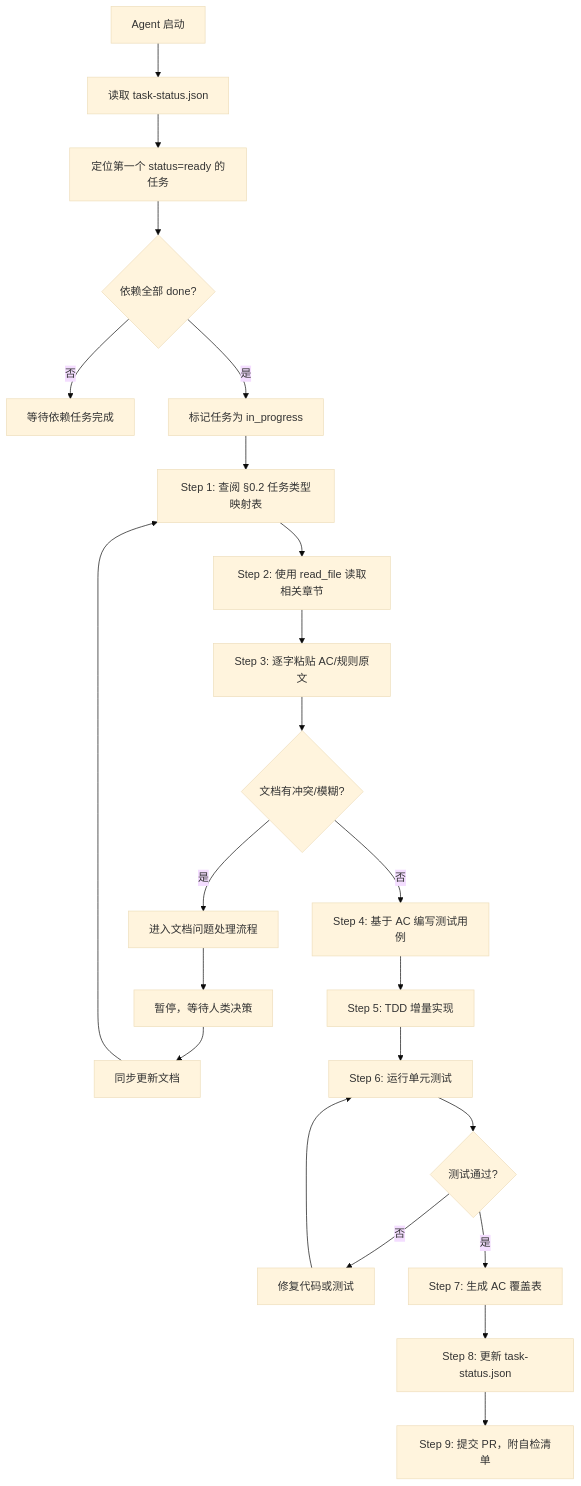
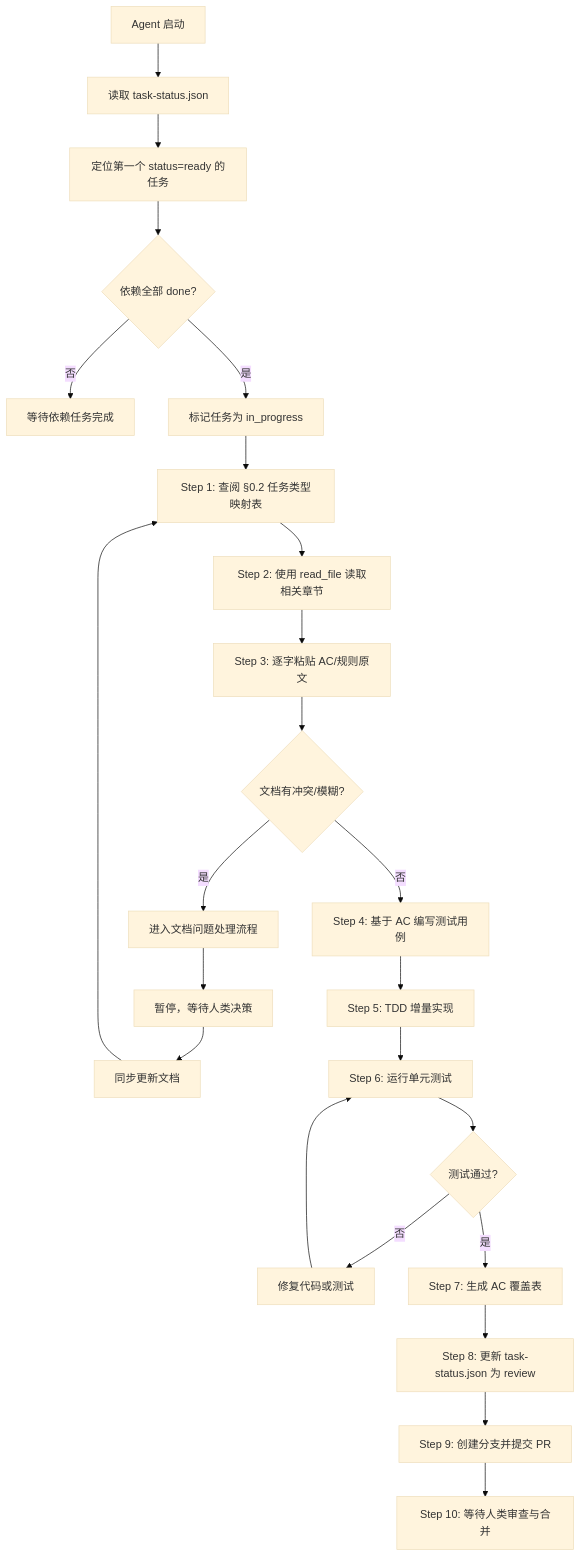
The second of 4 diagrams in AGENTS.md (LOGANSWP/Echo), drawn with Mermaid (base theme) before and after one commit. The commit also changed other lines of this file, not shown here.

````diff
--- a/AGENTS.md
+++ b/AGENTS.md
@@ -710,25 +720,26 @@
 ```mermaid
 flowchart TD
     A[Agent 启动] --> B[读取 task-status.json]
     B --> C[定位第一个 status=ready 的任务]
     C --> D{依赖全部 done?}
     D -->|否| E[等待依赖任务完成]
     D -->|是| F[标记任务为 in_progress]
     F --> G[Step 1: 查阅 §0.2 任务类型映射表]
     G --> H[Step 2: 使用 read_file 读取相关章节]
     H --> I[Step 3: 逐字粘贴 AC/规则原文]
     I --> J{文档有冲突/模糊?}
     J -->|是| K[进入文档问题处理流程]
     K --> L[暂停，等待人类决策]
     L --> M[同步更新文档]
     M --> G
     J -->|否| N[Step 4: 基于 AC 编写测试用例]
     N --> O[Step 5: TDD 增量实现]
     O --> P[Step 6: 运行单元测试]
     P --> Q{测试通过?}
     Q -->|否| R[修复代码或测试]
     R --> P
     Q -->|是| S[Step 7: 生成 AC 覆盖表]
-    S --> T[Step 8: 更新 task-status.json]
-    T --> U[Step 9: 提交 PR，附自检清单]
+    S --> T[Step 8: 更新 task-status.json 为 review]
+    T --> U[Step 9: 创建分支并提交 PR]
+    U --> V[Step 10: 等待人类审查与合并]
 ```
````
